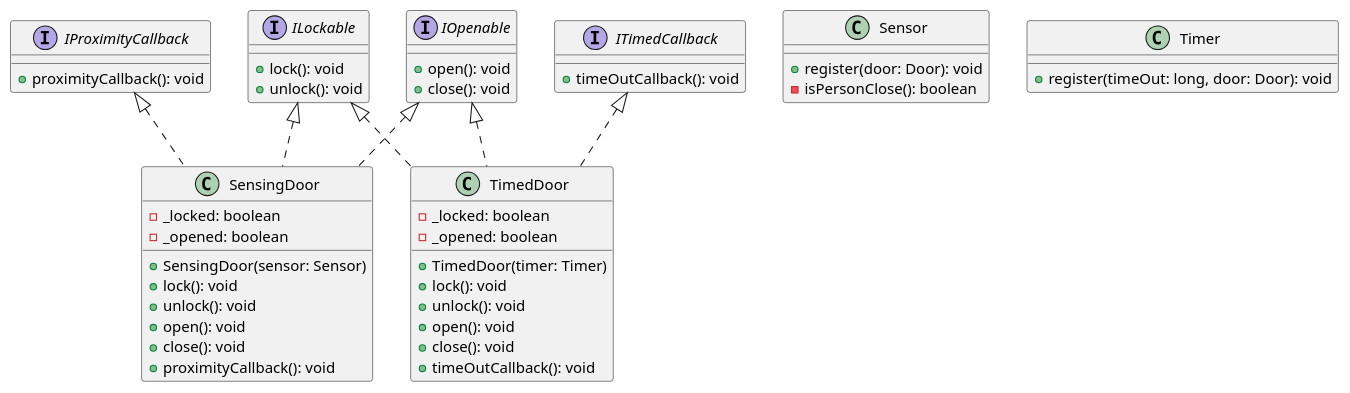
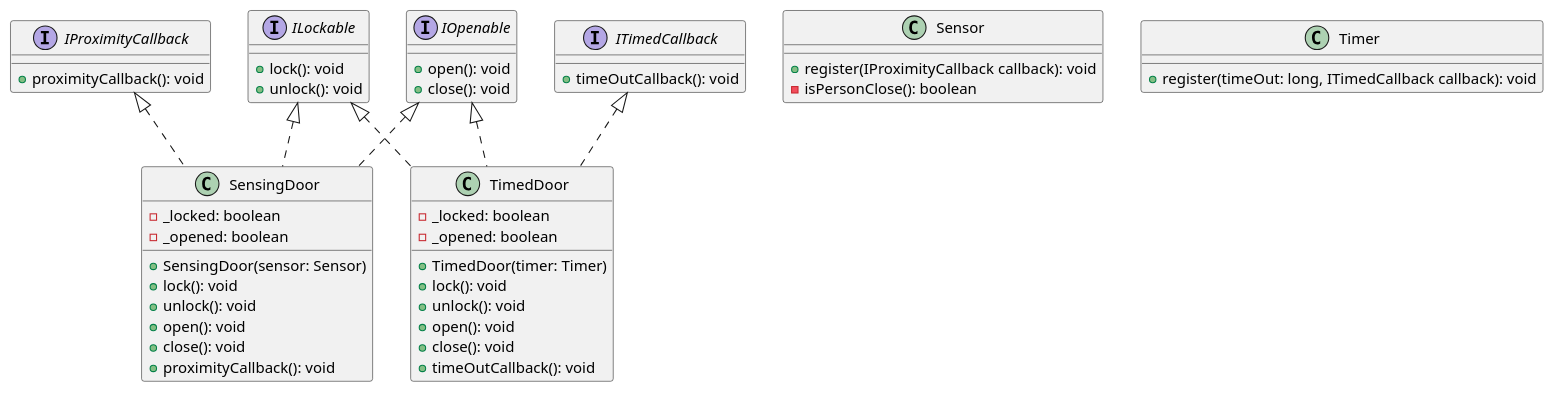
The diagram in ISP/src/com/directi/training/isp/exercise_refactored/UML/isp.plantuml (EyaRidene/TP_SOLID), drawn with PlantUML before and after one commit.

Commit message:
update timer sensor uml

```diff
--- a/ISP/src/com/directi/training/isp/exercise_refactored/UML/isp.plantuml
+++ b/ISP/src/com/directi/training/isp/exercise_refactored/UML/isp.plantuml
@@ -1,57 +1,57 @@
 @startuml
 interface ILockable {
     +lock(): void
     +unlock(): void
 }
 
 interface IOpenable {
     +open(): void
     +close(): void
 }
 
 interface IProximityCallback {
     +proximityCallback(): void
 }
 
 interface ITimedCallback {
     +timeOutCallback(): void
 }
 
 class SensingDoor {
     -_locked: boolean
     -_opened: boolean
     +SensingDoor(sensor: Sensor)
     +lock(): void
     +unlock(): void
     +open(): void
     +close(): void
     +proximityCallback(): void
 }
 
 class TimedDoor {
     -_locked: boolean
     -_opened: boolean
     +TimedDoor(timer: Timer)
     +lock(): void
     +unlock(): void
     +open(): void
     +close(): void
     +timeOutCallback(): void
 }
 
 class Sensor {
-    +register(door: Door): void
+    +register(IProximityCallback callback): void
     -isPersonClose(): boolean
 }
 
 class Timer {
-    +register(timeOut: long, door: Door): void
+    +register(timeOut: long, ITimedCallback callback): void
 }
 
 ILockable <|.. SensingDoor
 IOpenable <|.. SensingDoor
 IProximityCallback <|.. SensingDoor
 ITimedCallback <|.. TimedDoor
 IOpenable <|.. TimedDoor
 ILockable <|.. TimedDoor
 @enduml
```
